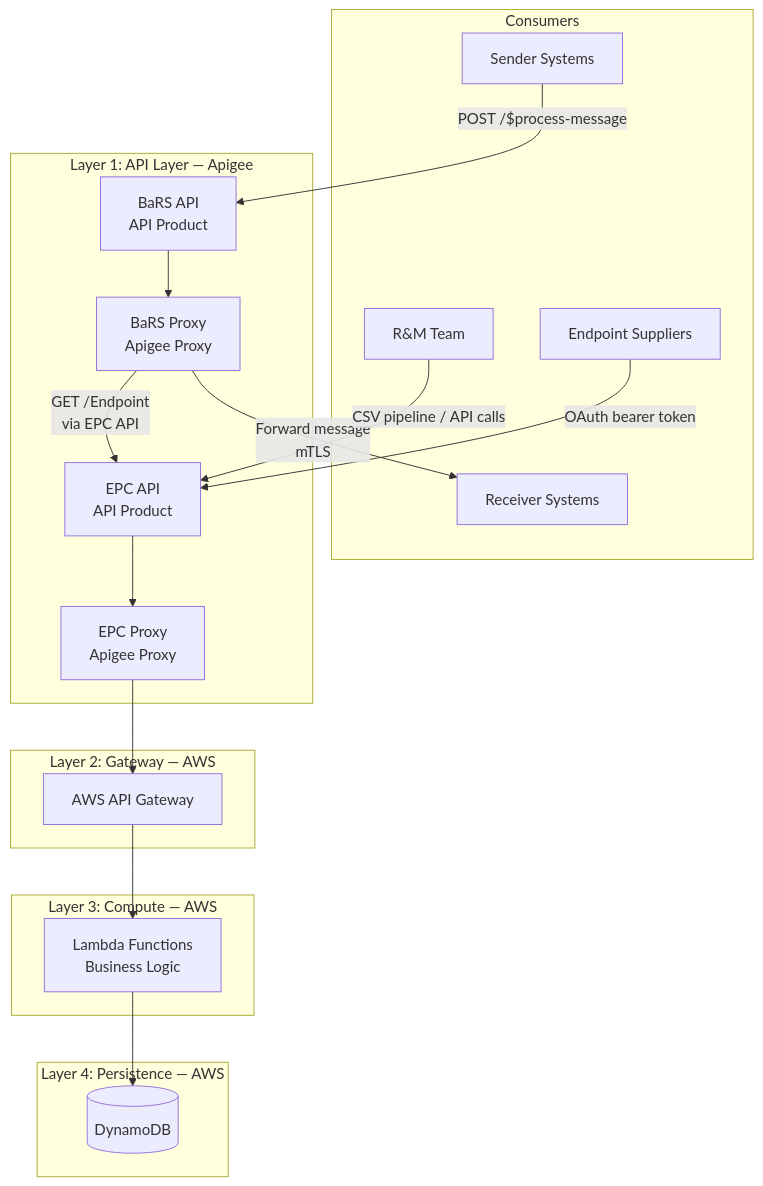
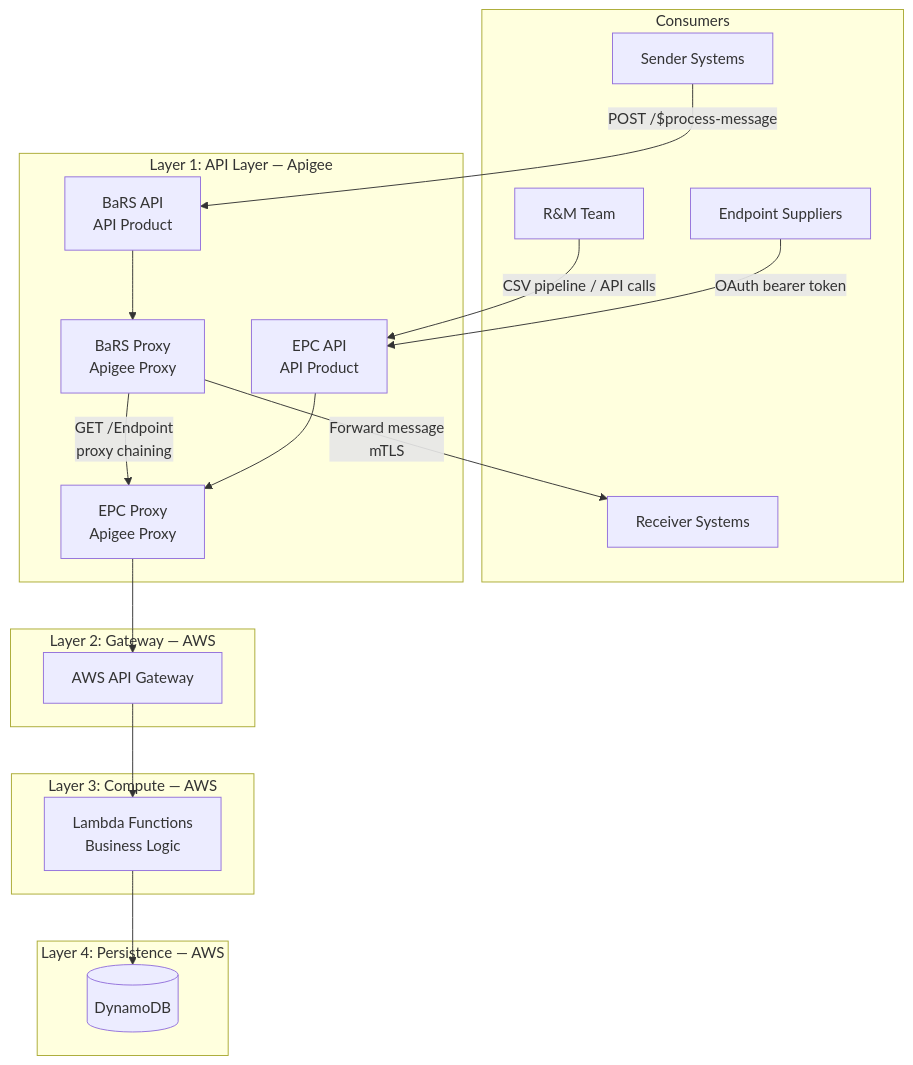
The first of 5 diagrams in Documents/architecture.md (RichardWardNHSD/epc-work), drawn with Mermaid before and after one commit. The commit also changed other lines of this file, not shown here.

Commit message:
uplift on proxy chain

````diff
--- a/Documents/architecture.md
+++ b/Documents/architecture.md
@@ -51,41 +51,41 @@
 ```mermaid
 graph TD
     subgraph Consumers
         SENDER[Sender Systems]
         RECEIVER[Receiver Systems]
         RM[R&M Team]
         SUPPLIER[Endpoint Suppliers]
     end
 
     subgraph "Layer 1: API Layer — Apigee"
         BARS_API[BaRS API<br/>API Product]
         BARS_PROXY[BaRS Proxy<br/>Apigee Proxy]
         EPC_API[EPC API<br/>API Product]
         EPC_PROXY[EPC Proxy<br/>Apigee Proxy]
     end
 
     subgraph "Layer 2: Gateway — AWS"
         APIGW[AWS API Gateway]
     end
 
     subgraph "Layer 3: Compute — AWS"
         LAMBDA[Lambda Functions<br/>Business Logic]
     end
 
     subgraph "Layer 4: Persistence — AWS"
         DDB[(DynamoDB)]
     end
 
     SENDER -->|POST /$process-message| BARS_API
     BARS_API --> BARS_PROXY
-    BARS_PROXY -->|GET /Endpoint<br/>via EPC API| EPC_API
+    BARS_PROXY -->|GET /Endpoint<br/>proxy chaining| EPC_PROXY
     BARS_PROXY -->|Forward message<br/>mTLS| RECEIVER
 
     RM -->|CSV pipeline / API calls| EPC_API
     SUPPLIER -->|OAuth bearer token| EPC_API
     EPC_API --> EPC_PROXY
     EPC_PROXY --> APIGW
 
     APIGW --> LAMBDA
     LAMBDA --> DDB
 ```
````
